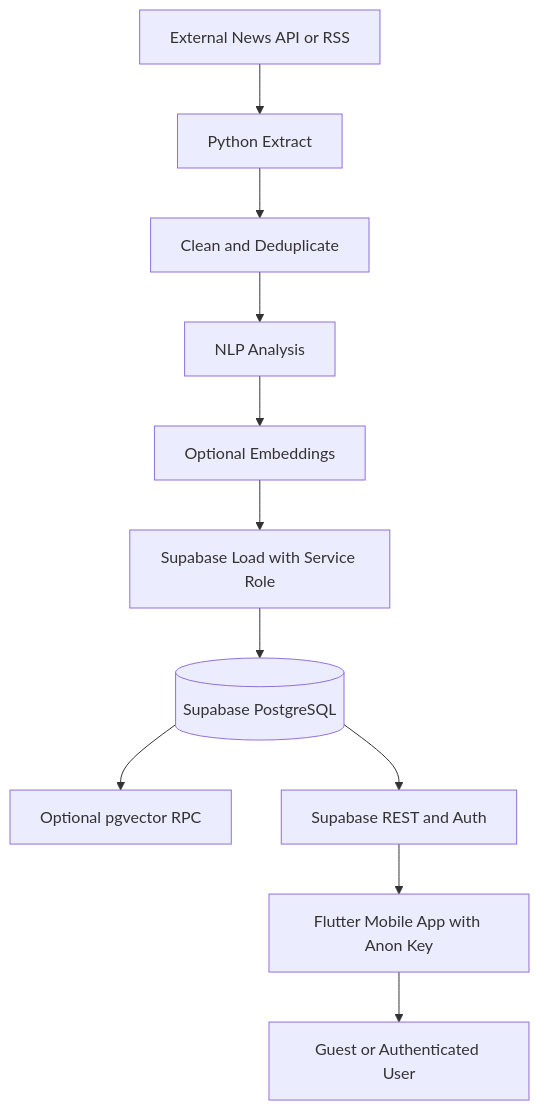
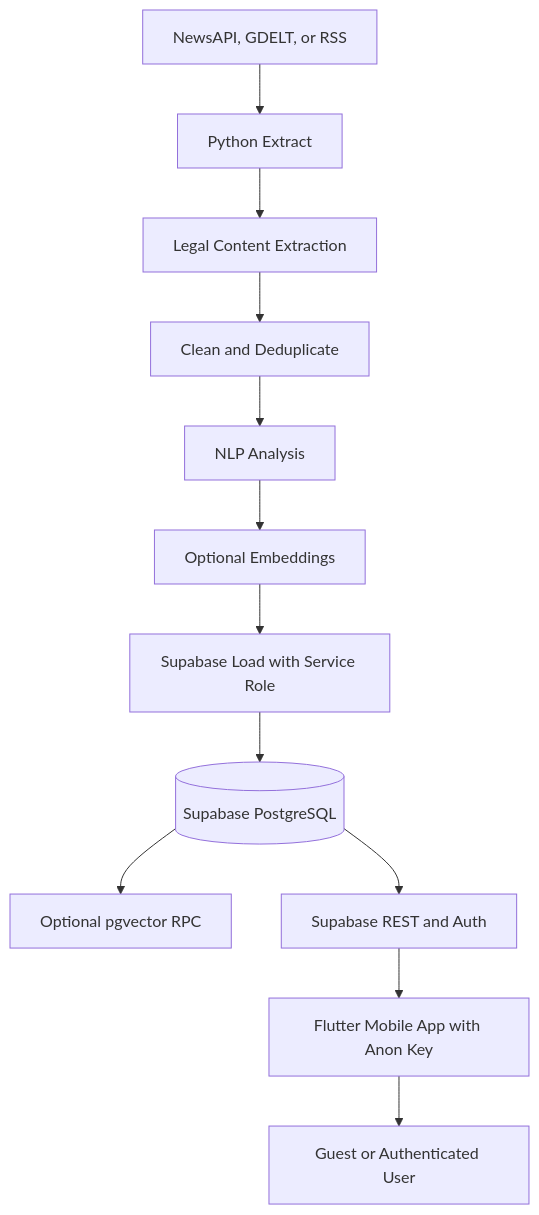
One commit to ElvissYo/MandiriAINews changed the first of 8 diagrams in docs/architecture.md. Above: the diagram before and after it, drawn with Mermaid. The commit also changed other lines of this file and 16 other files, not shown here.

````diff
--- a/docs/architecture.md
+++ b/docs/architecture.md
@@ -5,13 +5,14 @@
 ```mermaid
 flowchart TD
-    A[External News API or RSS] --> B[Python Extract]
-    B --> C[Clean and Deduplicate]
+    A[NewsAPI, GDELT, or RSS] --> B[Python Extract]
+    B --> L[Legal Content Extraction]
+    L --> C[Clean and Deduplicate]
     C --> D[NLP Analysis]
     D --> J[Optional Embeddings]
     J --> E[Supabase Load with Service Role]
     E --> F[(Supabase PostgreSQL)]
     F --> K[Optional pgvector RPC]
     F --> G[Supabase REST and Auth]
     G --> H[Flutter Mobile App with Anon Key]
     H --> I[Guest or Authenticated User]
 ```
````
